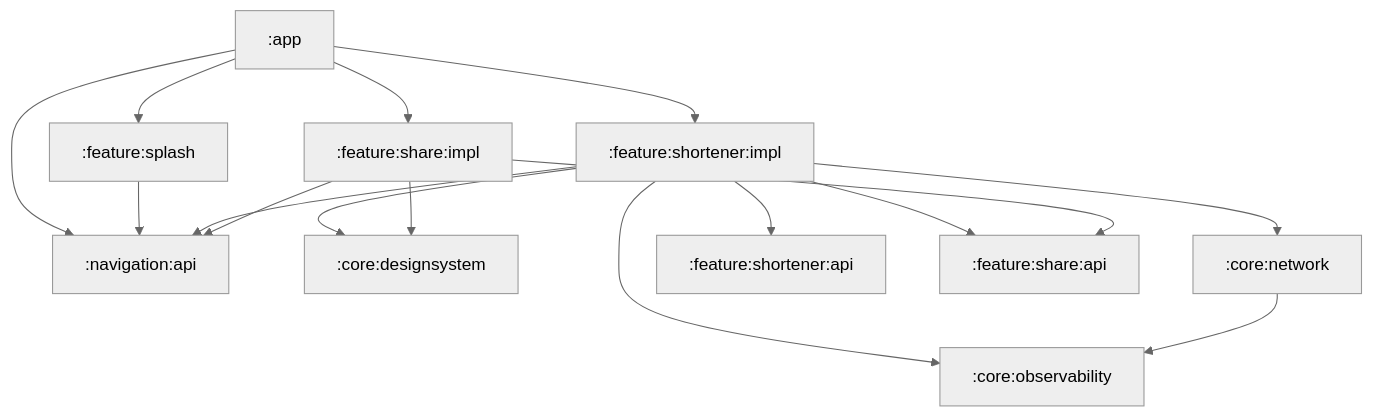
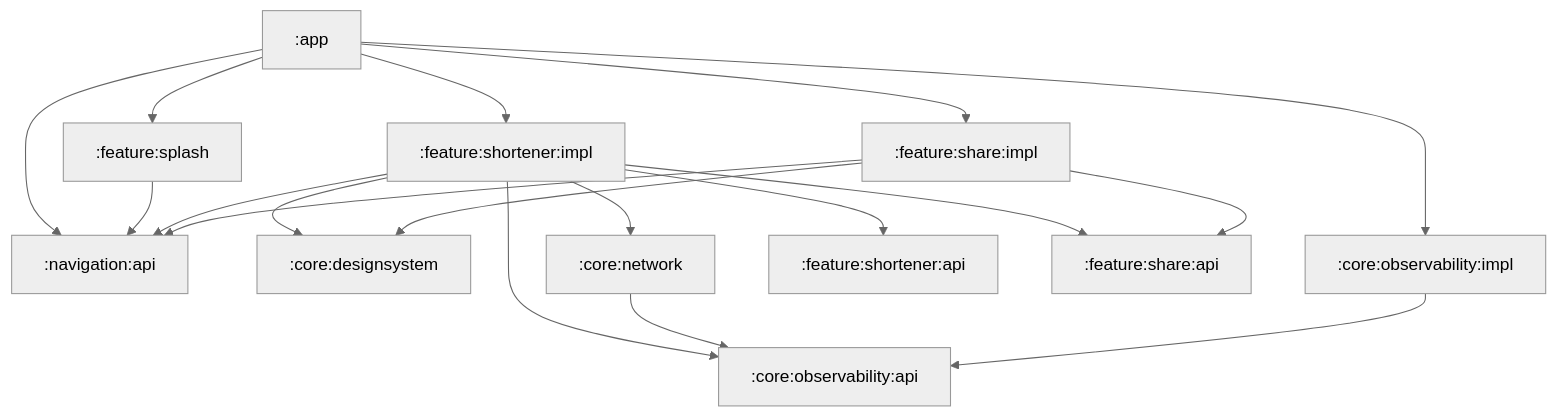
The first of 6 diagrams in README.md (evd-evanss/Shortener), drawn with Mermaid (neutral theme) before and after one commit. The commit also changed other lines of this file and 14 other files, not shown here.

Commit message:
Split observability into api and impl modules

````diff
--- a/README.md
+++ b/README.md
@@ -108,32 +108,35 @@
 ```mermaid
 flowchart TD
     App[":app"]
     NavApi[":navigation:api"]
     Design[":core:designsystem"]
     Network[":core:network"]
-    Logs[":core:observability"]
+    LogsApi[":core:observability:api"]
+    LogsImpl[":core:observability:impl"]
     Splash[":feature:splash"]
     ShortApi[":feature:shortener:api"]
     ShortImpl[":feature:shortener:impl"]
     ShareApi[":feature:share:api"]
     ShareImpl[":feature:share:impl"]
 
     App --> NavApi
     App --> Splash
     App --> ShortImpl
     App --> ShareImpl
+    App --> LogsImpl
 
     Splash --> NavApi
     ShortImpl --> NavApi
     ShortImpl --> ShortApi
     ShortImpl --> ShareApi
     ShortImpl --> Design
     ShortImpl --> Network
-    ShortImpl --> Logs
+    ShortImpl --> LogsApi
 
     ShareImpl --> NavApi
     ShareImpl --> ShareApi
     ShareImpl --> Design
 
-    Network --> Logs
+    Network --> LogsApi
+    LogsImpl --> LogsApi
 ```
````
